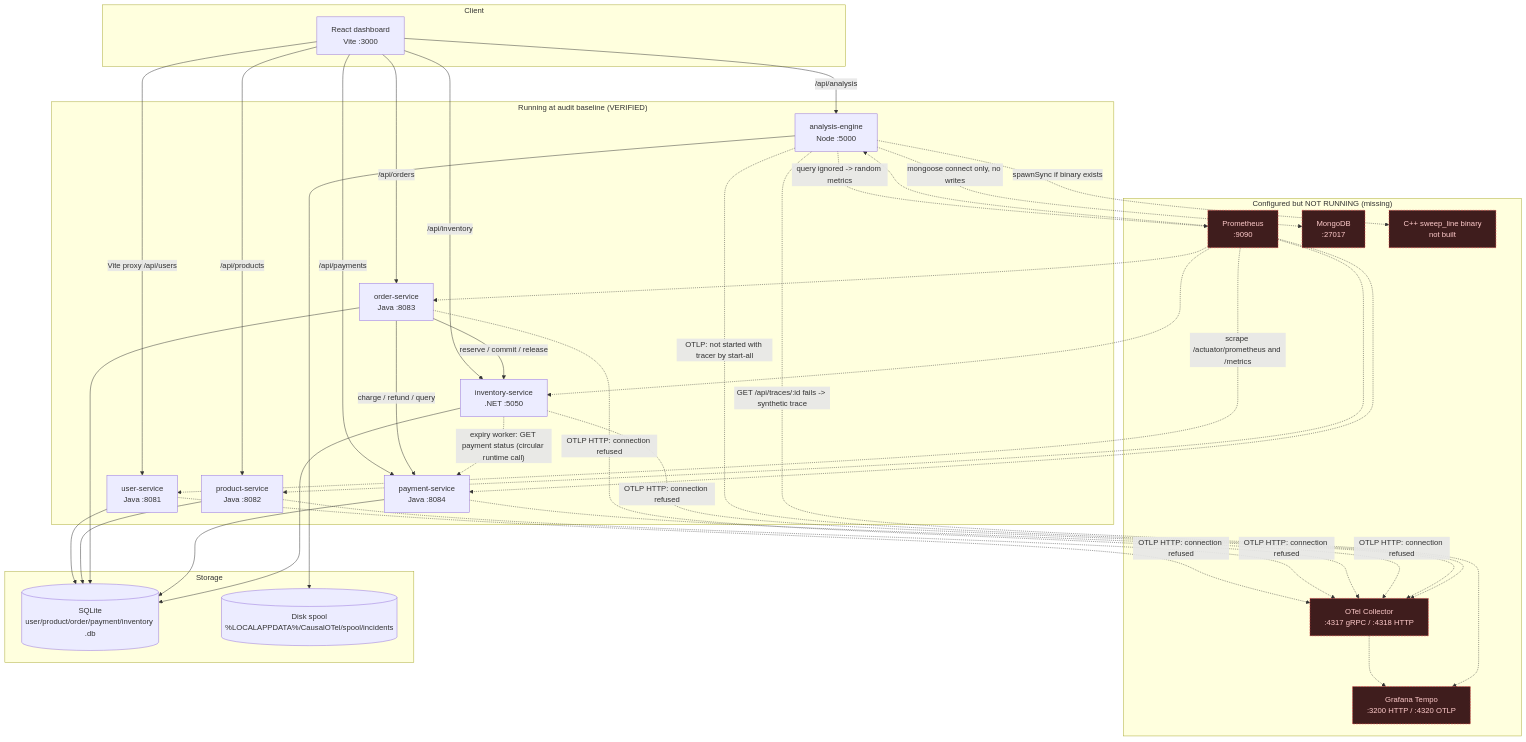
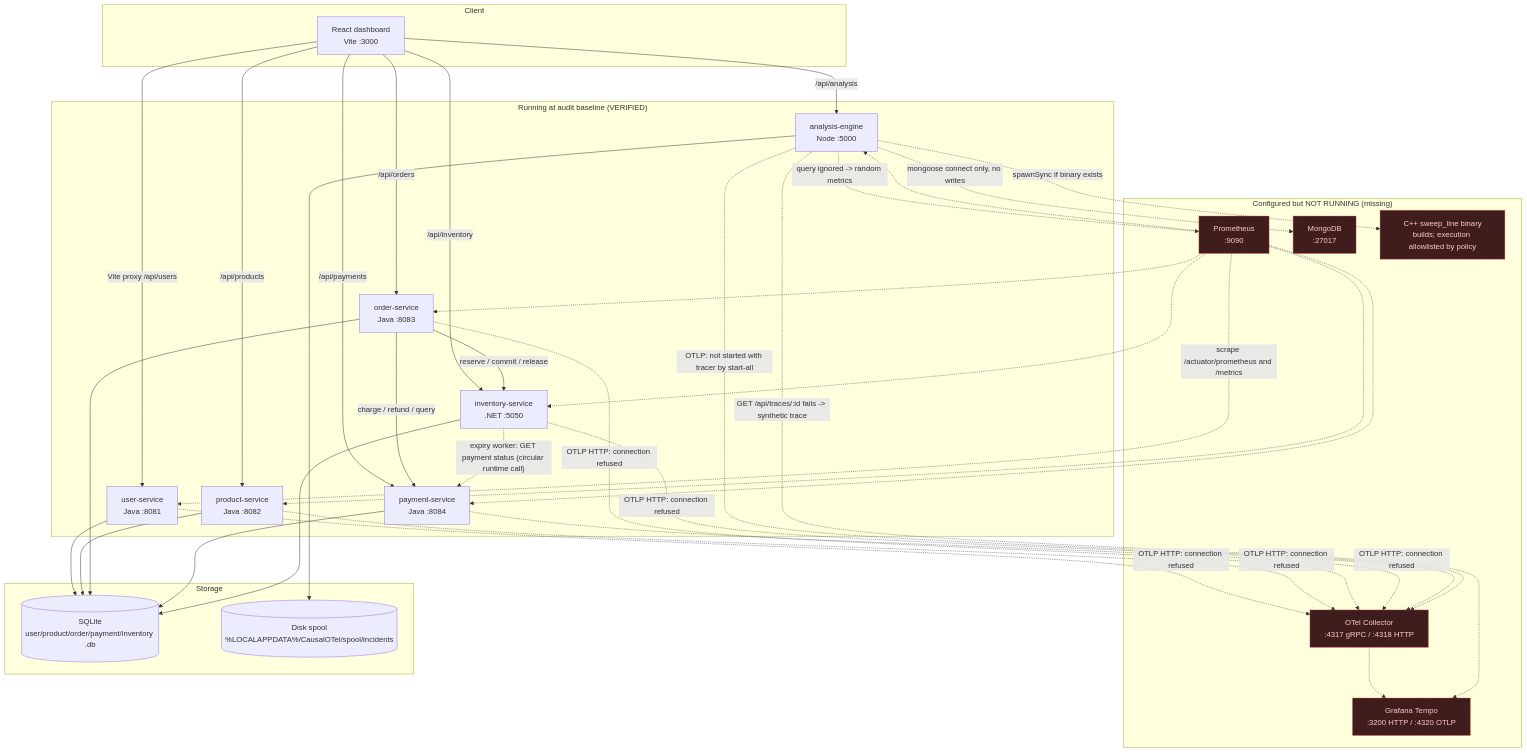
The first of 9 diagrams in ARCHITECTURE.md (Prathamesh-Jadhav04/CausalOTel), drawn with Mermaid before and after one commit. The commit also changed other lines of this file and 50 other files, not shown here.

````diff
--- a/ARCHITECTURE.md
+++ b/ARCHITECTURE.md
@@ -27,67 +27,67 @@
 ```mermaid
 flowchart TB
   subgraph Client["Client"]
     B["React dashboard<br/>Vite :3000"]
   end
 
   subgraph Running["Running at audit baseline (VERIFIED)"]
     U["user-service<br/>Java :8081"]
     P["product-service<br/>Java :8082"]
     O["order-service<br/>Java :8083"]
     PAY["payment-service<br/>Java :8084"]
     I["inventory-service<br/>.NET :5050"]
     A["analysis-engine<br/>Node :5000"]
   end
 
   subgraph Missing["Configured but NOT RUNNING (missing)"]
     COL["OTel Collector<br/>:4317 gRPC / :4318 HTTP"]
     TEMPO["Grafana Tempo<br/>:3200 HTTP / :4320 OTLP"]
     PROM["Prometheus<br/>:9090"]
     MONGO["MongoDB<br/>:27017"]
-    NATIVE["C++ sweep_line binary<br/>not built"]
+    NATIVE["C++ sweep_line binary<br/>builds; execution allowlisted by policy"]
   end
 
   subgraph Data["Storage"]
     DB[("SQLite<br/>user/product/order/payment/inventory .db")]
     SPOOL[("Disk spool<br/>%LOCALAPPDATA%/CausalOTel/spool/incidents")]
   end
 
   B -->|"Vite proxy /api/users"| U
   B -->|"/api/products"| P
   B -->|"/api/orders"| O
   B -->|"/api/payments"| PAY
   B -->|"/api/inventory"| I
   B -->|"/api/analysis"| A
 
   O -->|"reserve / commit / release"| I
   O -->|"charge / refund / query"| PAY
   I -.->|"expiry worker: GET payment status (circular runtime call)"| PAY
 
   U --> DB
   P --> DB
   O --> DB
   PAY --> DB
   I --> DB
 
   U -.->|"OTLP HTTP: connection refused"| COL
   P -.->|"OTLP HTTP: connection refused"| COL
   O -.->|"OTLP HTTP: connection refused"| COL
   PAY -.->|"OTLP HTTP: connection refused"| COL
   I -.->|"OTLP HTTP: connection refused"| COL
   A -.->|"OTLP: not started with tracer by start-all"| COL
   COL -.-> TEMPO
   PROM -.->|"scrape /actuator/prometheus and /metrics"| U
   PROM -.-> P
   PROM -.-> O
   PROM -.-> PAY
   PROM -.-> I
   PROM -.-> A
   A -.->|"GET /api/traces/:id fails -> synthetic trace"| TEMPO
   A -.->|"query ignored -> random metrics"| PROM
   A --> SPOOL
   A -.->|"mongoose connect only, no writes"| MONGO
   A -.->|"spawnSync if binary exists"| NATIVE
 
   classDef missing fill:#3f1d1d,stroke:#ef4444,color:#fecaca,stroke-dasharray:4 2;
   class COL,TEMPO,PROM,MONGO,NATIVE missing;
 ```
````
